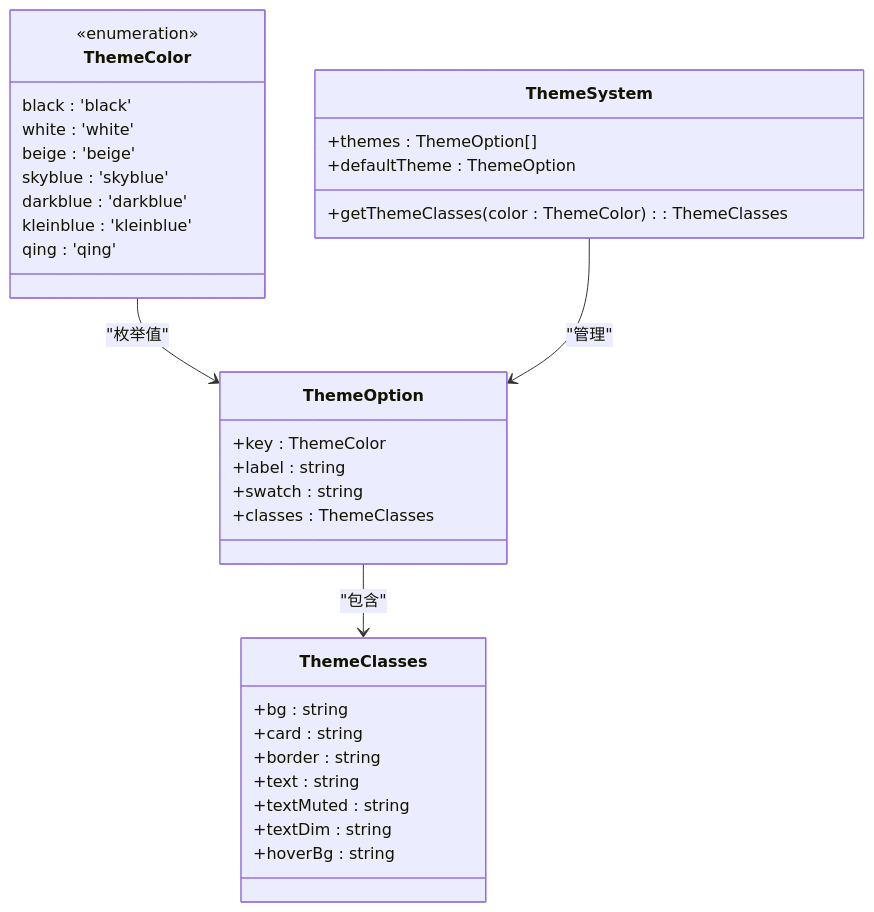
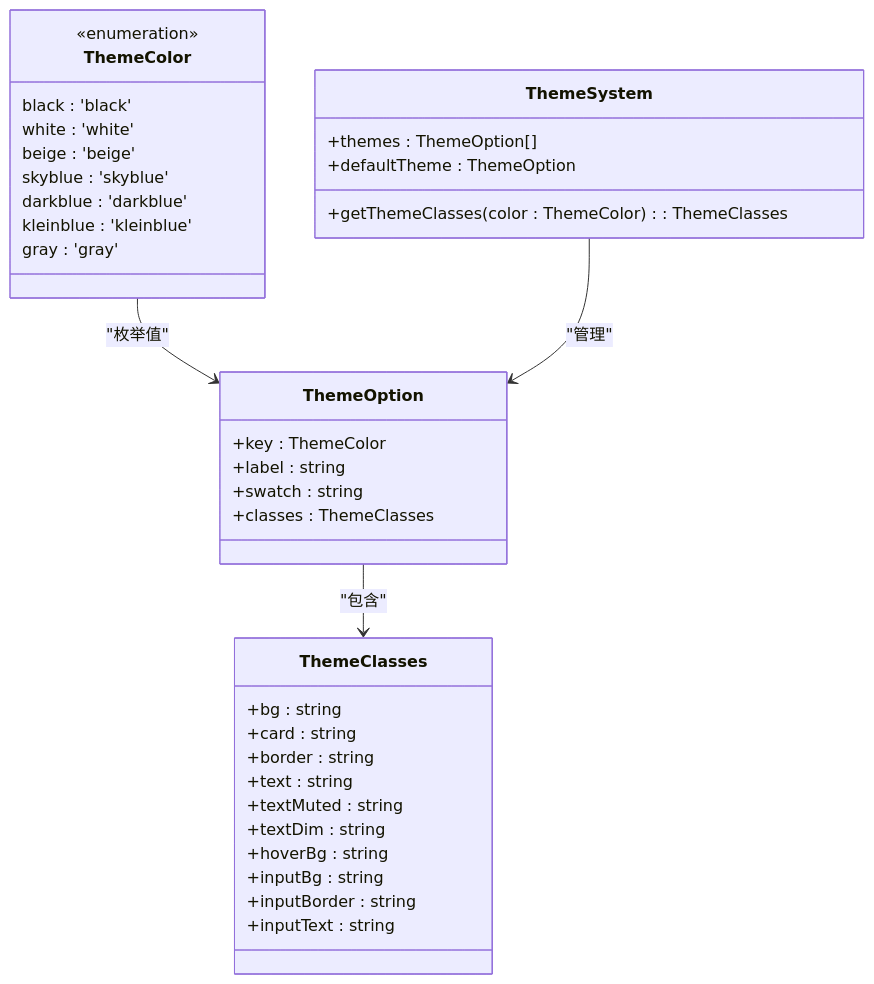
Before and after one commit to remgasuki/ReDoPhoto: the eighth of 9 diagrams in .qoder/repowiki/zh/content/核心服务模块/设置管理服务.md, drawn with Mermaid. The commit also changed other lines of this file and 39 other files, not shown here.

````diff
--- a/.qoder/repowiki/zh/content/核心服务模块/设置管理服务.md
+++ b/.qoder/repowiki/zh/content/核心服务模块/设置管理服务.md
@@ -323,36 +325,39 @@
 ```mermaid
 classDiagram
 class ThemeColor {
 <<enumeration>>
 black : 'black'
 white : 'white'
 beige : 'beige'
 skyblue : 'skyblue'
 darkblue : 'darkblue'
 kleinblue : 'kleinblue'
-qing : 'qing'
+gray : 'gray'
 }
 class ThemeClasses {
 +bg : string
 +card : string
 +border : string
 +text : string
 +textMuted : string
 +textDim : string
 +hoverBg : string
++inputBg : string
++inputBorder : string
++inputText : string
 }
 class ThemeOption {
 +key : ThemeColor
 +label : string
 +swatch : string
 +classes : ThemeClasses
 }
 class ThemeSystem {
 +themes : ThemeOption[]
 +defaultTheme : ThemeOption
 +getThemeClasses(color : ThemeColor) : ThemeClasses
 }
 ThemeColor --> ThemeOption : "枚举值"
 ThemeOption --> ThemeClasses : "包含"
 ThemeSystem --> ThemeOption : "管理"
 ```
````
